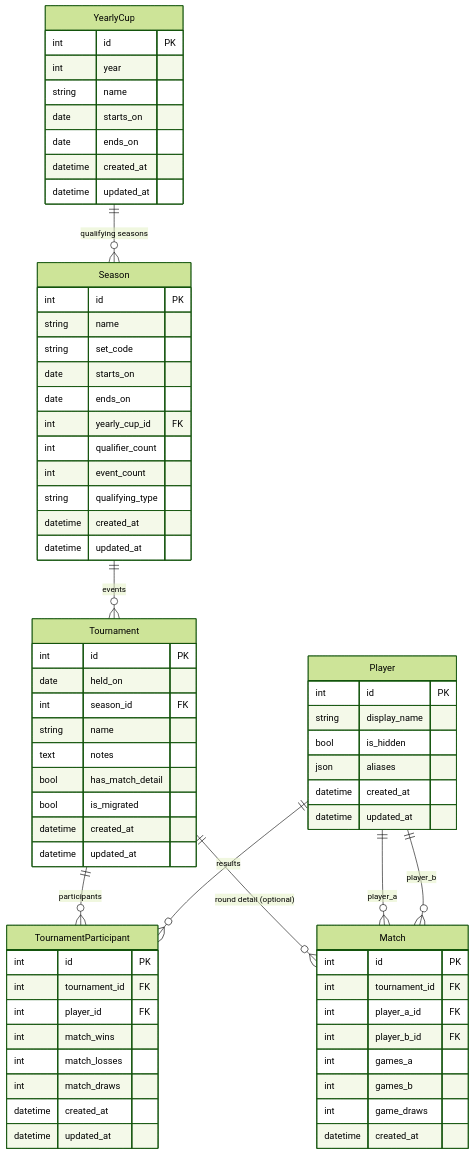
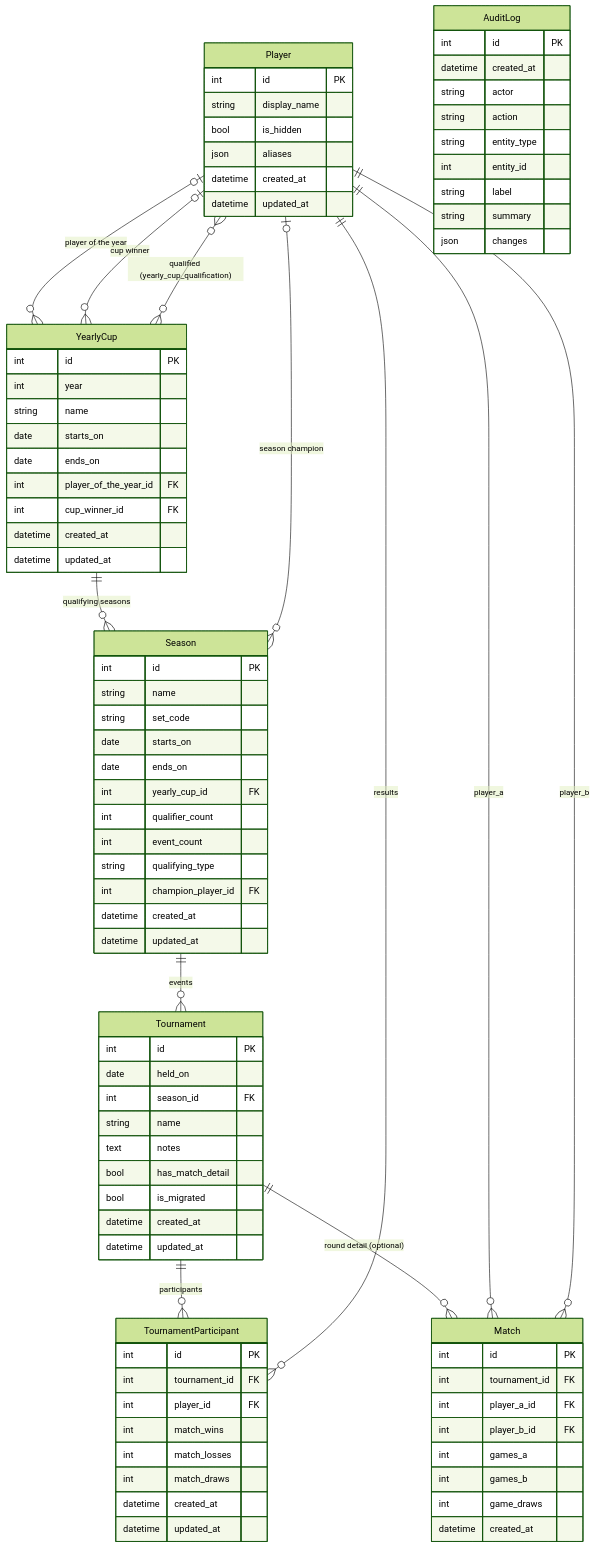
The diagram in docs/SCHEMA.md (WhyBeU/mm-ladder), drawn with Mermaid (forest theme) before and after one commit. The commit also changed other lines of this file and 76 other files, not shown here.

First line of the commit message:
Admin portal, champion awards, cup view & audit log (#13)

````diff
--- a/docs/SCHEMA.md
+++ b/docs/SCHEMA.md
@@ -41,6 +41,8 @@
         string name
         date starts_on
         date ends_on
+        int player_of_the_year_id FK
+        int cup_winner_id FK
         datetime created_at
         datetime updated_at
     }
@@ -55,8 +57,21 @@
         int qualifier_count
         int event_count
         string qualifying_type
+        int champion_player_id FK
         datetime created_at
         datetime updated_at
+    }
+
+    AuditLog {
+        int id PK
+        datetime created_at
+        string actor
+        string action
+        string entity_type
+        int entity_id
+        string label
+        string summary
+        json changes
     }
 
     Tournament {
@@ -100,4 +115,8 @@
     Player ||--o{ TournamentParticipant : "results"
     Player ||--o{ Match : "player_a"
     Player ||--o{ Match : "player_b"
+    Player |o--o{ Season : "season champion"
+    Player |o--o{ YearlyCup : "player of the year"
+    Player |o--o{ YearlyCup : "cup winner"
+    YearlyCup }o--o{ Player : "qualified (yearly_cup_qualification)"
 ```
````
